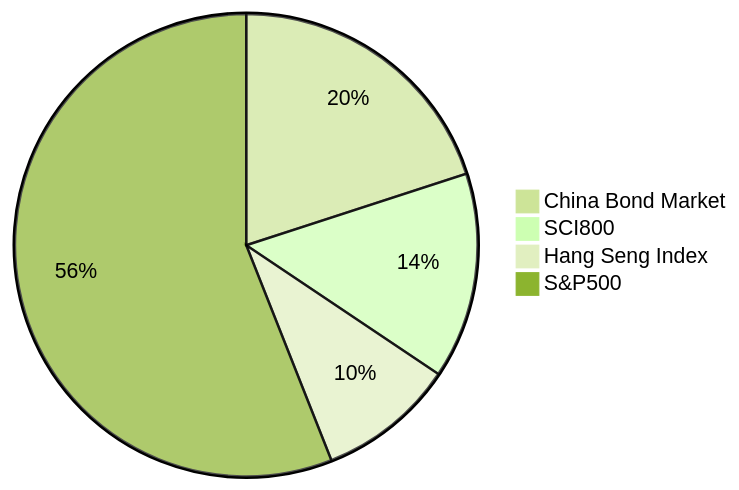
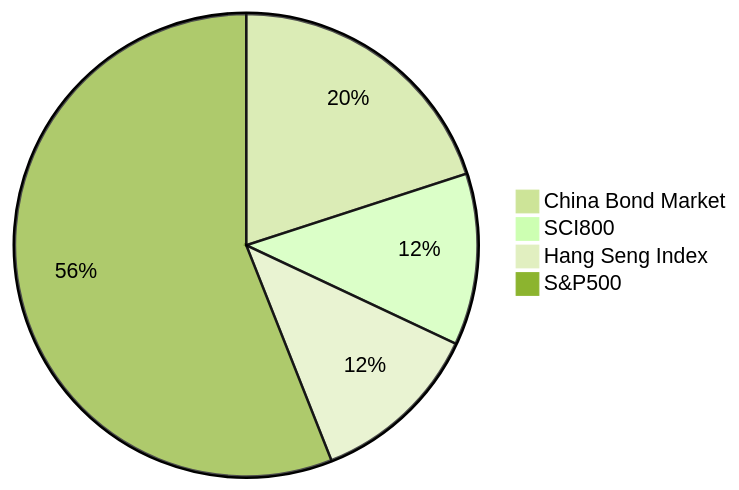
The fourth of 4 diagrams in couch-potato-chinese-investors.md (low-earth-orbit/notes), drawn with Mermaid (forest theme) before and after one commit. The commit also changed other lines of this file and 1 other file, not shown here.

````diff
--- a/couch-potato-chinese-investors.md
+++ b/couch-potato-chinese-investors.md
@@ -150,7 +121,7 @@
 ```mermaid
 pie
 "China Bond Market" : 20
-"SCI800" : 14.4
-"Hang Seng Index" : 9.6
+"SCI800" : 12
+"Hang Seng Index" : 12
 "S&P500" : 56
 ```
````
